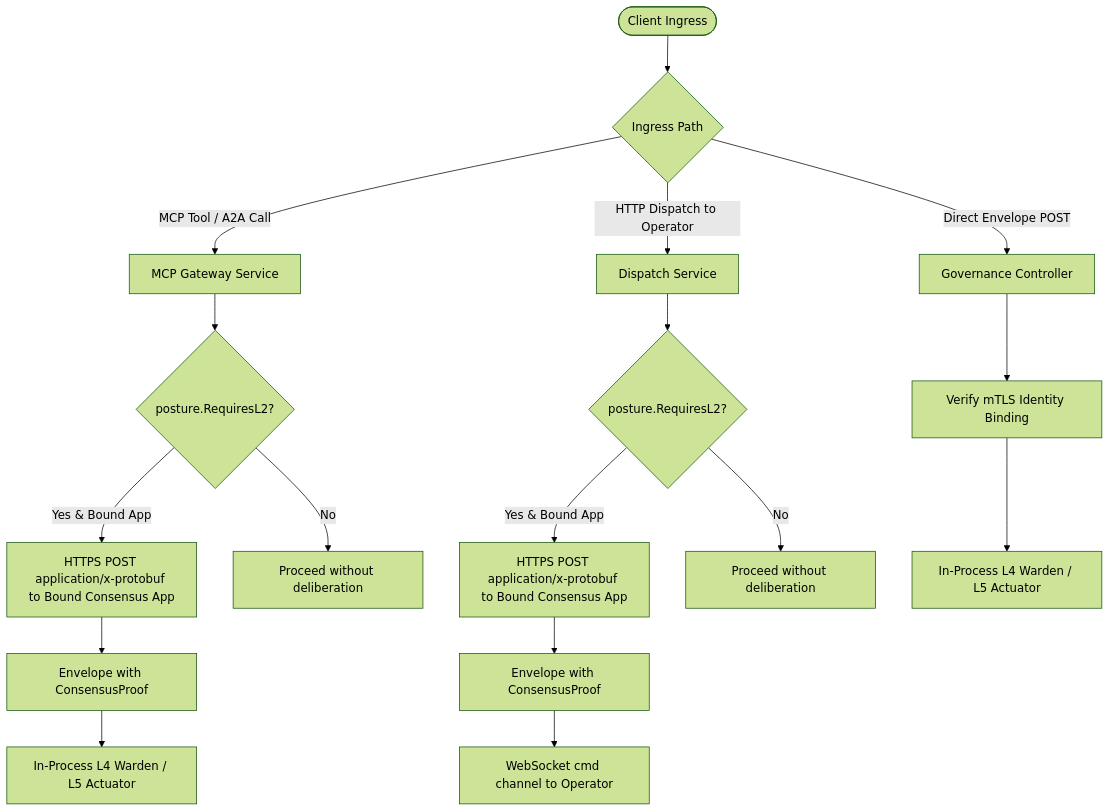
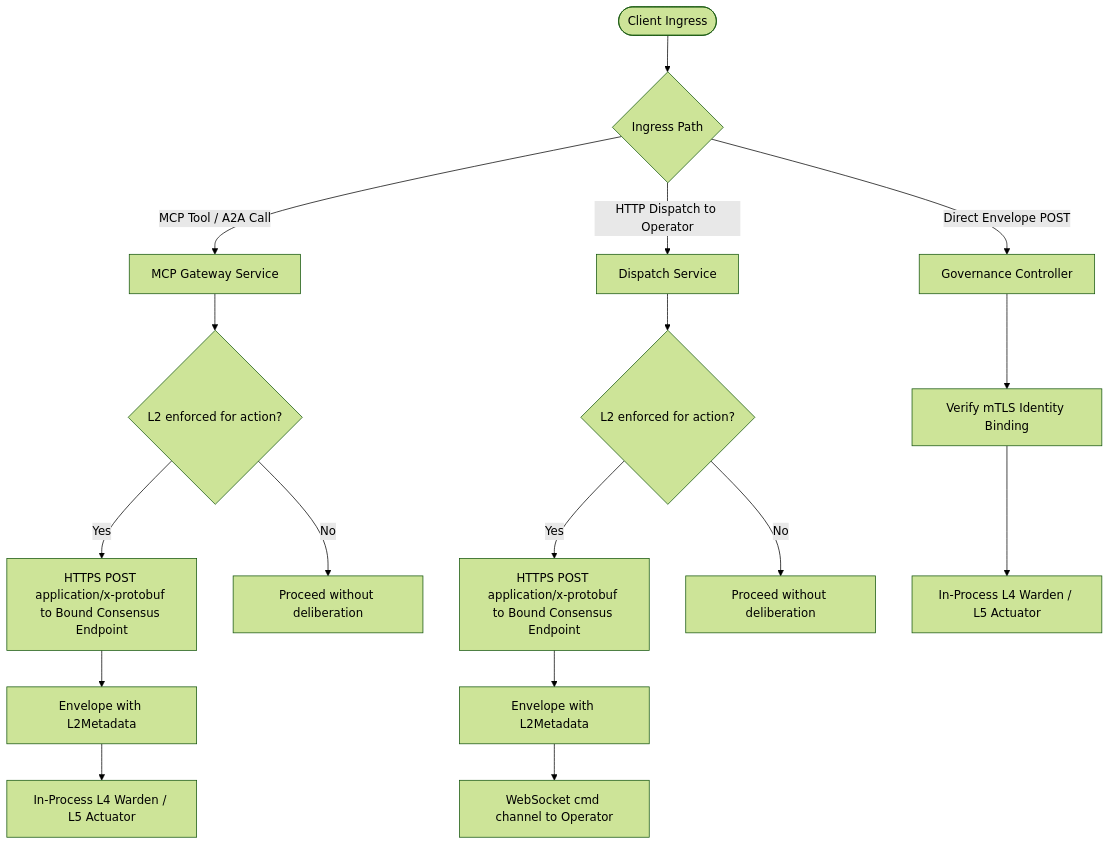
Before and after one commit to zerotrustdata/ztd: the diagram in docs/architecture/consensus.md, drawn with Mermaid (forest theme). The commit also changed other lines of this file and 826 other files, not shown here.

````diff
--- a/docs/architecture/consensus.md
+++ b/docs/architecture/consensus.md
@@ -158,26 +163,26 @@
 ```mermaid
 flowchart TD
     Client([Client Ingress]) --> IngressType{Ingress Path}
     
     IngressType -->|MCP Tool / A2A Call| MCPGateway[MCP Gateway Service]
     IngressType -->|HTTP Dispatch to Operator| DispatchSvc[Dispatch Service]
     IngressType -->|Direct Envelope POST| DirectGov[Governance Controller]
     
-    MCPGateway --> CheckL2A{posture.RequiresL2?}
-    DispatchSvc --> CheckL2B{posture.RequiresL2?}
+    MCPGateway --> CheckL2A{L2 enforced for action?}
+    DispatchSvc --> CheckL2B{L2 enforced for action?}
     
-    CheckL2A -->|Yes & Bound App| HTTPSDelibA[HTTPS POST application/x-protobuf to Bound Consensus App]
+    CheckL2A -->|Yes| HTTPSDelibA[HTTPS POST application/x-protobuf to Bound Consensus Endpoint]
     CheckL2A -->|No| SkipDelibA[Proceed without deliberation]
     
-    CheckL2B -->|Yes & Bound App| HTTPSDelibB[HTTPS POST application/x-protobuf to Bound Consensus App]
+    CheckL2B -->|Yes| HTTPSDelibB[HTTPS POST application/x-protobuf to Bound Consensus Endpoint]
     CheckL2B -->|No| SkipDelibB[Proceed without deliberation]
     
-    HTTPSDelibA --> PopulatedEnvelopeA[Envelope with ConsensusProof]
-    HTTPSDelibB --> PopulatedEnvelopeB[Envelope with ConsensusProof]
+    HTTPSDelibA --> PopulatedEnvelopeA[Envelope with L2Metadata]
+    HTTPSDelibB --> PopulatedEnvelopeB[Envelope with L2Metadata]
     
     PopulatedEnvelopeA --> InProcessL4[In-Process L4 Warden / L5 Actuator]
     PopulatedEnvelopeB --> OutboundPubSub[WebSocket cmd channel to Operator]
     
     DirectGov --> VerifyIdentity[Verify mTLS Identity Binding]
     VerifyIdentity --> DirectL4[In-Process L4 Warden / L5 Actuator]
 ```
````
